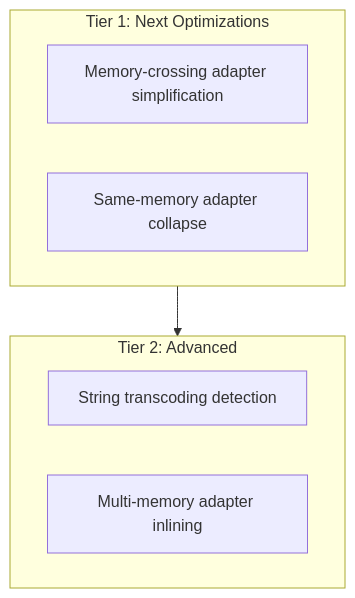
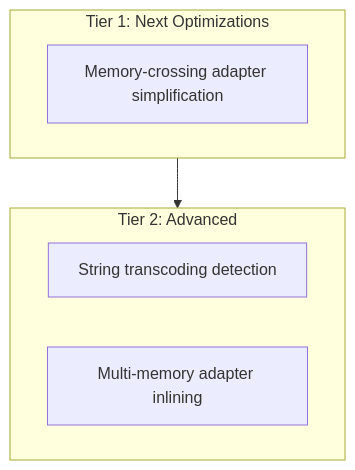
The eighth of 8 diagrams in docs/design/fused-component-optimization.md (pulseengine/loom), drawn with Mermaid before and after one commit. The commit also changed other lines of this file and 3 other files, not shown here.

First line of the commit message:
feat(fused): add Pass 0 same-memory adapter collapse for single-memory modules

````diff
--- a/docs/design/fused-component-optimization.md
+++ b/docs/design/fused-component-optimization.md
@@ -346,14 +385,13 @@
 ```mermaid
 flowchart TD
     subgraph tier1["Tier 1: Next Optimizations"]
         T1["Memory-crossing adapter simplification"]
-        T2["Same-memory adapter collapse"]
     end
 
     subgraph tier2["Tier 2: Advanced"]
         A1["String transcoding detection"]
         A2["Multi-memory adapter inlining"]
     end
 
     tier1 --> tier2
 ```
````
